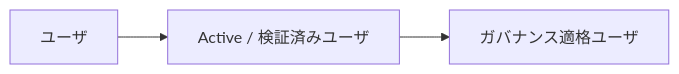
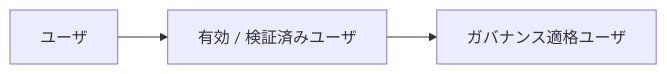
One commit to ShigeichiroYamasaki/creator-first-platform changed the fourth of 17 diagrams in docs/whitepaper/01-vision.md. Above: the diagram before and after it, drawn with Mermaid. The commit also changed other lines of this file and 72 other files, not shown here.

````diff
--- a/docs/whitepaper/01-vision.md
+++ b/docs/whitepaper/01-vision.md
@@ -99,8 +99,8 @@
 ```mermaid
 flowchart LR
     USER[ユーザ]
-    ACTIVE[Active / 検証済みユーザ]
+    ACTIVE[有効 / 検証済みユーザ]
     ELIGIBLE[ガバナンス適格ユーザ]
 
     USER --> ACTIVE --> ELIGIBLE
 ```
````
